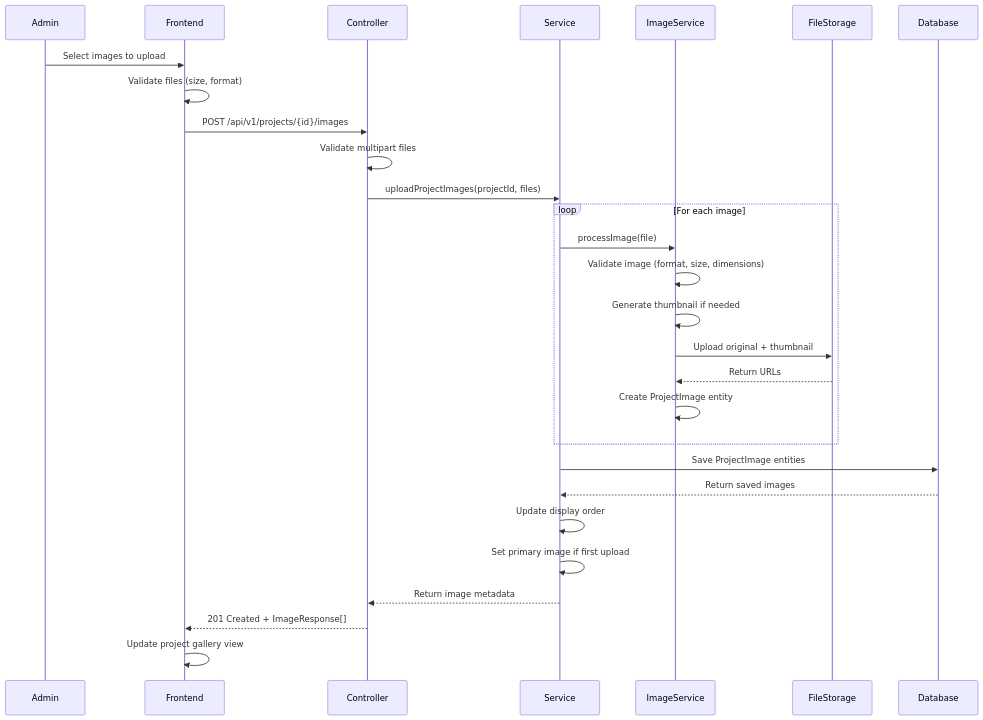
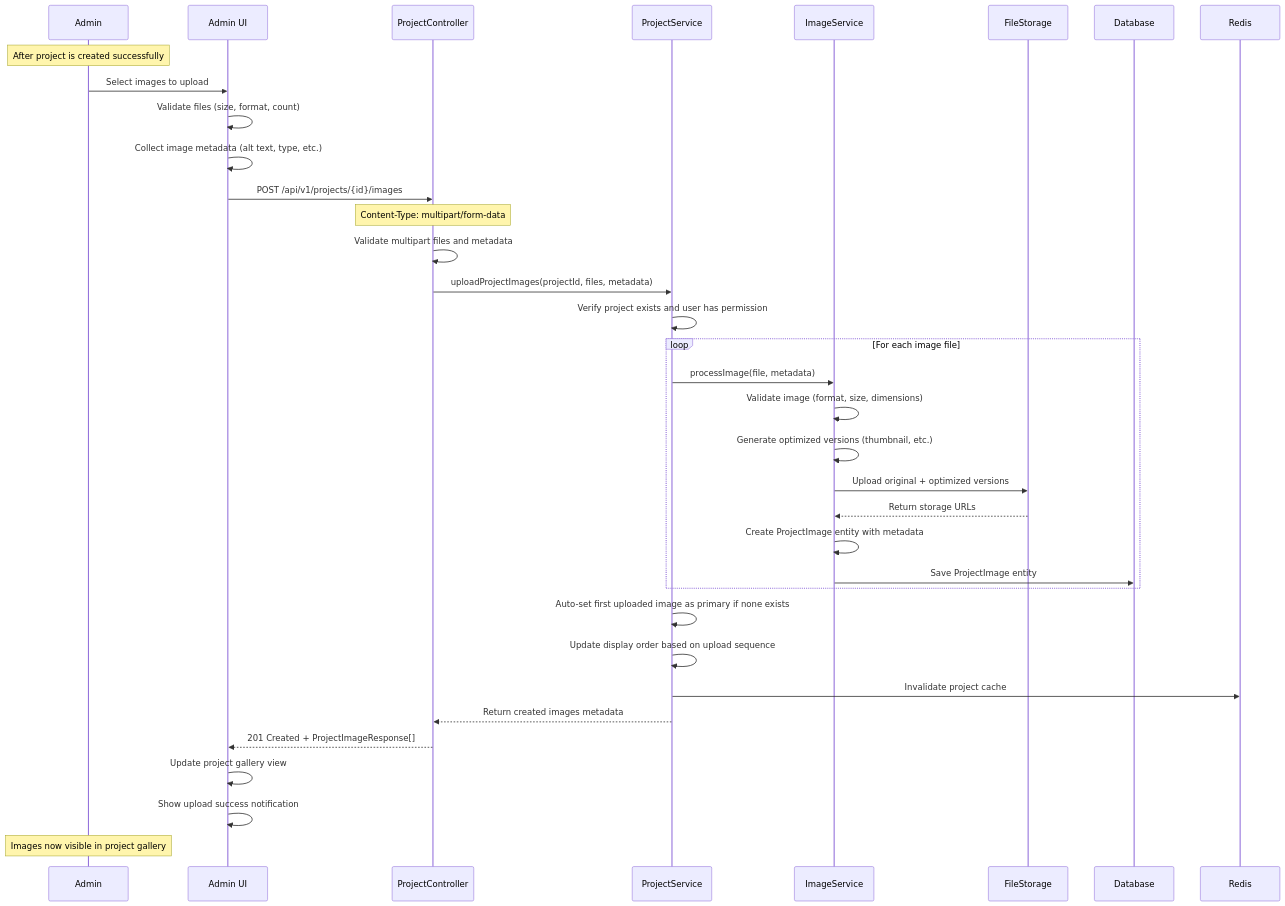
One commit to caseythecoder90/personal-website-backend changed the eighth of 14 diagrams in docs/api/API_FLOWS.md. Above: the diagram before and after it, drawn with Mermaid. The commit also changed other lines of this file and 5 other files, not shown here.

````diff
--- a/docs/api/API_FLOWS.md
+++ b/docs/api/API_FLOWS.md
@@ -357,33 +349,45 @@
 ```mermaid
 sequenceDiagram
     participant A as Admin
-    participant UI as Frontend
-    participant C as Controller
-    participant S as Service
+    participant UI as Admin UI
+    participant C as ProjectController
+    participant S as ProjectService
     participant IS as ImageService
     participant FS as FileStorage
     participant DB as Database
+    participant Cache as Redis
 
+    Note over A: After project is created successfully
+    
     A->>UI: Select images to upload
-    UI->>UI: Validate files (size, format)
+    UI->>UI: Validate files (size, format, count)
+    UI->>UI: Collect image metadata (alt text, type, etc.)
+    
     UI->>C: POST /api/v1/projects/{id}/images
-    C->>C: Validate multipart files
-    C->>S: uploadProjectImages(projectId, files)
+    Note over C: Content-Type: multipart/form-data
+    C->>C: Validate multipart files and metadata
+    C->>S: uploadProjectImages(projectId, files, metadata)
     
-    loop For each image
-        S->>IS: processImage(file)
+    S->>S: Verify project exists and user has permission
+    
+    loop For each image file
+        S->>IS: processImage(file, metadata)
         IS->>IS: Validate image (format, size, dimensions)
-        IS->>IS: Generate thumbnail if needed
-        IS->>FS: Upload original + thumbnail
-        FS-->>IS: Return URLs
-        IS->>IS: Create ProjectImage entity
+        IS->>IS: Generate optimized versions (thumbnail, etc.)
+        IS->>FS: Upload original + optimized versions
+        FS-->>IS: Return storage URLs
+        IS->>IS: Create ProjectImage entity with metadata
+        IS->>DB: Save ProjectImage entity
     end
     
-    S->>DB: Save ProjectImage entities
-    DB-->>S: Return saved images
-    S->>S: Update display order
-    S->>S: Set primary image if first upload
-    S-->>C: Return image metadata
-    C-->>UI: 201 Created + ImageResponse[]
+    S->>S: Auto-set first uploaded image as primary if none exists
+    S->>S: Update display order based on upload sequence
+    S->>Cache: Invalidate project cache
+    
+    S-->>C: Return created images metadata
+    C-->>UI: 201 Created + ProjectImageResponse[]
     UI->>UI: Update project gallery view
+    UI->>UI: Show upload success notification
+    
+    Note over A: Images now visible in project gallery
 ```
````
